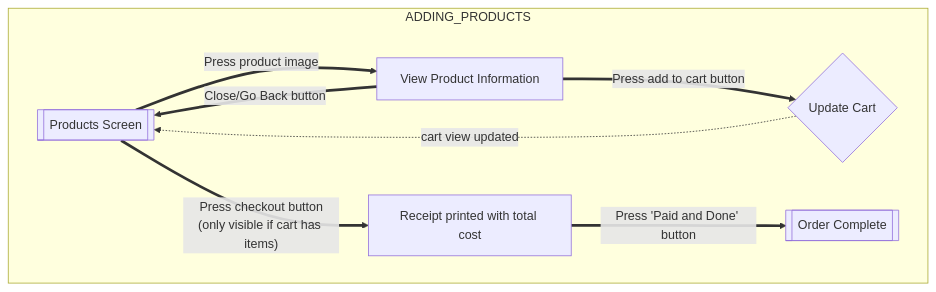
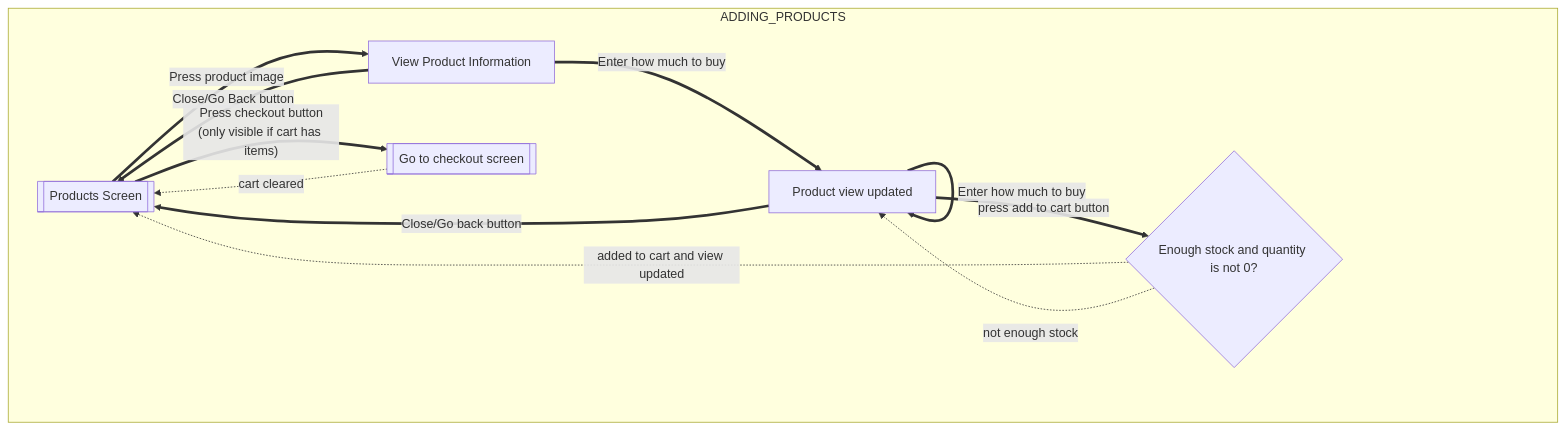
Before and after one commit to andre4352323/2452-pos: the third of 4 diagrams in flows.md, drawn with Mermaid. The commit also changed other lines of this file and 19 other files, not shown here.

```diff
--- a/flows.md
+++ b/flows.md
@@ -13,20 +48,22 @@
 :::mermaid
 flowchart
 
     subgraph ADDING_PRODUCTS
 
         start[[Products Screen]]
 
         start == Press product image ==> productView[View Product Information]
-        
-        productView == Press add to cart button ==> updateCart{Update Cart}
-        updateCart -. cart view updated .-> start
+
+        productView == Enter how much to buy ==> viewUpdated[Product view updated]
+        viewUpdated == Close/Go back button ==> start
+        viewUpdated == Enter how much to buy ==> viewUpdated
+        viewUpdated == press add to cart button ==> updateCart{Enough stock and quantity is not 0?}
+        updateCart -. added to cart and view updated .-> start
+        updateCart -. not enough stock .-> viewUpdated
         
         productView == Close/Go Back button ==> start
         
-        start == Press checkout button<br/>(only visible if cart has items) ==> receipt[Receipt printed with total cost]
-        
-        receipt == Press 'Paid and Done' button ==> complete[[Order Complete]]
-    
+        start == Press checkout button<br/>(only visible if cart has items) ==> complete[[Go to checkout screen]]
+        complete -. cart cleared .-> start
     end
 :::
```
